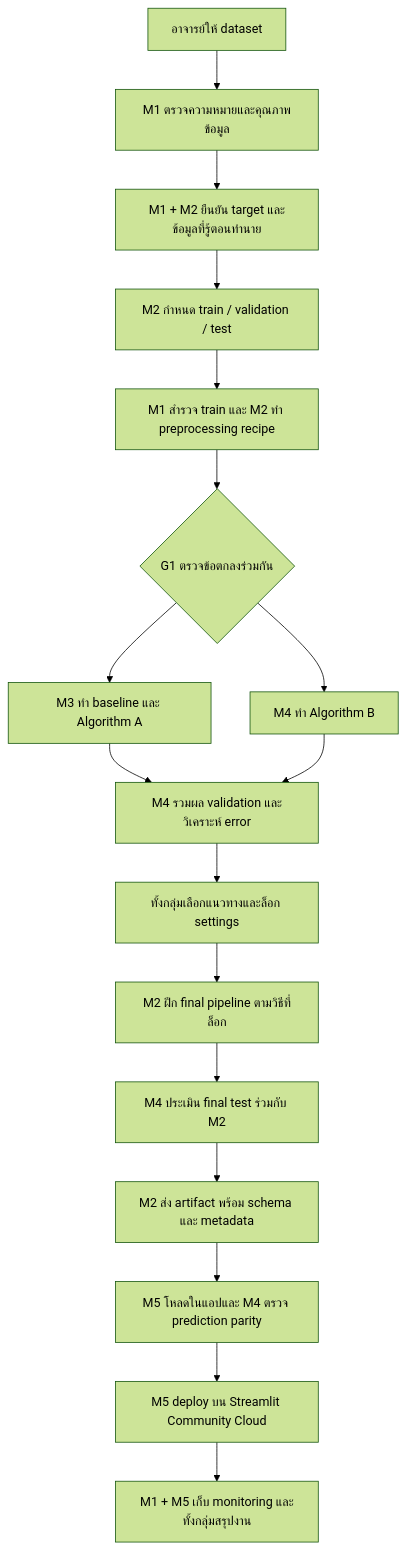
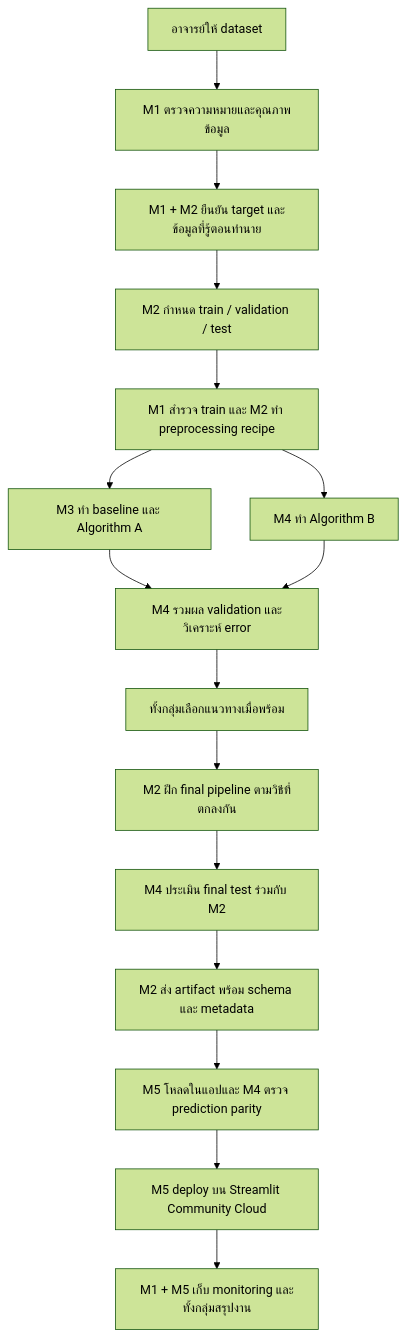
The diagram in docs/WORKFLOW_5_MEMBERS_TH.md (Supot77/Bicycle_Rental_Prediction), drawn with Mermaid (forest theme) before and after one commit. The commit also changed other lines of this file and 6 other files, not shown here.

````diff
--- a/docs/WORKFLOW_5_MEMBERS_TH.md
+++ b/docs/WORKFLOW_5_MEMBERS_TH.md
@@ -9,19 +9,18 @@
 ```mermaid
 flowchart TD
     A[อาจารย์ให้ dataset] --> B[M1 ตรวจความหมายและคุณภาพข้อมูล]
     B --> C[M1 + M2 ยืนยัน target และข้อมูลที่รู้ตอนทำนาย]
     C --> D[M2 กำหนด train / validation / test]
     D --> E[M1 สำรวจ train และ M2 ทำ preprocessing recipe]
-    E --> F{G1 ตรวจข้อตกลงร่วมกัน}
-    F --> G[M3 ทำ baseline และ Algorithm A]
-    F --> H[M4 ทำ Algorithm B]
-    G --> I[M4 รวมผล validation และวิเคราะห์ error]
-    H --> I
-    I --> J[ทั้งกลุ่มเลือกแนวทางและล็อก settings]
-    J --> K[M2 ฝึก final pipeline ตามวิธีที่ล็อก]
-    K --> L[M4 ประเมิน final test ร่วมกับ M2]
-    L --> M[M2 ส่ง artifact พร้อม schema และ metadata]
-    M --> N[M5 โหลดในแอปและ M4 ตรวจ prediction parity]
-    N --> O[M5 deploy บน Streamlit Community Cloud]
-    O --> P[M1 + M5 เก็บ monitoring และทั้งกลุ่มสรุปงาน]
+    E --> F[M3 ทำ baseline และ Algorithm A]
+    E --> G[M4 ทำ Algorithm B]
+    F --> H[M4 รวมผล validation และวิเคราะห์ error]
+    G --> H
+    H --> I[ทั้งกลุ่มเลือกแนวทางเมื่อพร้อม]
+    I --> J[M2 ฝึก final pipeline ตามวิธีที่ตกลงกัน]
+    J --> K[M4 ประเมิน final test ร่วมกับ M2]
+    K --> L[M2 ส่ง artifact พร้อม schema และ metadata]
+    L --> M[M5 โหลดในแอปและ M4 ตรวจ prediction parity]
+    M --> N[M5 deploy บน Streamlit Community Cloud]
+    N --> O[M1 + M5 เก็บ monitoring และทั้งกลุ่มสรุปงาน]
 ```
````
